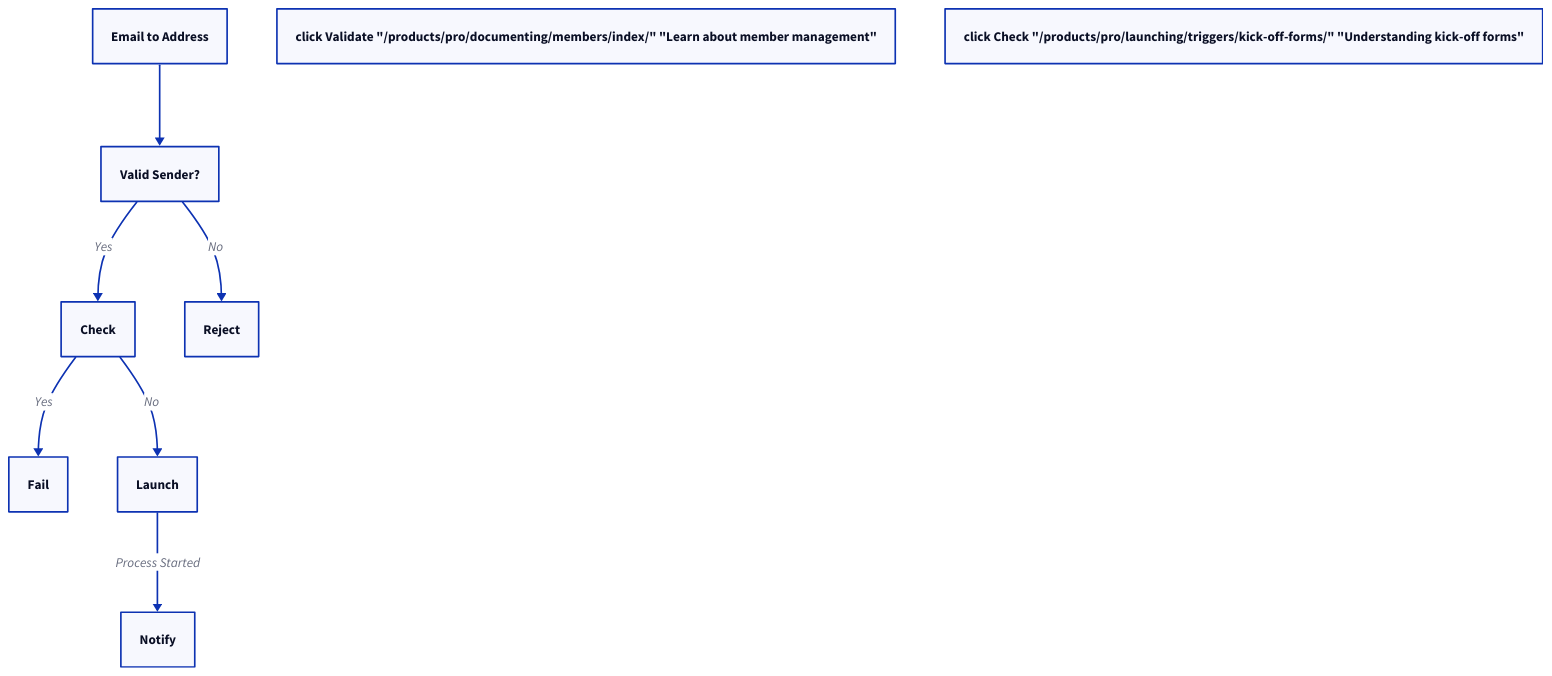
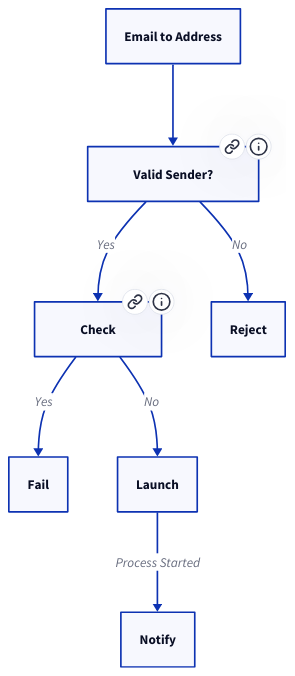
One commit to tallyfy/documentation changed the diagram in src/content/docs/pro/launching/triggers/via-email.mdx. Above: the diagram before and after it, drawn with D2. The commit also changed 26 other files, not shown here.

````diff
--- a/src/content/docs/pro/launching/triggers/via-email.mdx
+++ b/src/content/docs/pro/launching/triggers/via-email.mdx
@@ -58,17 +58,19 @@
 ```d2
 Check: "Check"
 Fail: "Fail"
 Launch: "Launch"
 Notify: "Notify"
 Reject: "Reject"
 Email: "Email to Address"
 Validate: "Valid Sender?"
 Email -> Validate
 Validate -> Reject: "No"
 Validate -> Check: "Yes"
 Check -> Fail: "Yes"
 Check -> Launch: "No"
 Launch -> Notify: "Process Started"
-click Validate "/products/pro/documenting/members/index/" "Learn about member management"
-click Check "/products/pro/launching/triggers/kick-off-forms/" "Understanding kick-off forms"
+Validate.link: "/products/pro/documenting/members/index/"
+Validate.tooltip: "Learn about member management"
+Check.link: "/products/pro/launching/triggers/kick-off-forms/"
+Check.tooltip: "Understanding kick-off forms"
 ```
````
